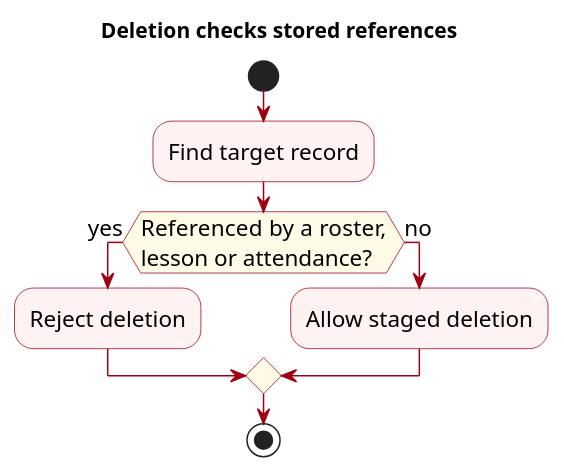
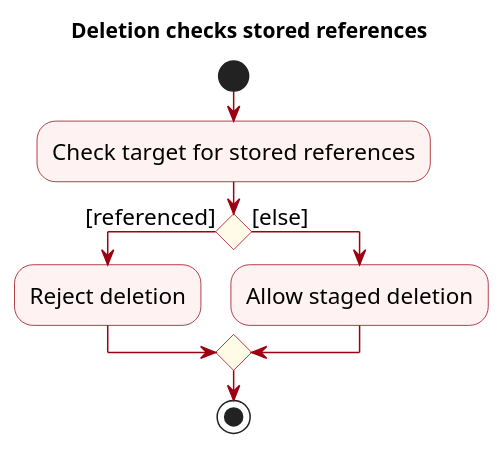
The diagram in docs/diagrams/DomainDeletionRules.puml (AY2627S1-CS2103T-F13-3/tp), drawn with PlantUML before and after one commit. The commit also changed 5 other files, not shown here.

Commit message:
Correct UML notation in the domain diagrams

```diff
--- a/docs/diagrams/DomainDeletionRules.puml
+++ b/docs/diagrams/DomainDeletionRules.puml
@@ -1,28 +1,29 @@
 @startuml
 ' Simplified domain draft by Vincent Lin with OpenAI Codex assistance.
 ' Self-contained source; renderer: PlantUML 1.2025.3.
 skinparam defaultFontName Arial
 skinparam defaultFontSize 15
 skinparam shadowing false
 skinparam classAttributeIconSize 0
 skinparam classBackgroundColor #FFF2F3
 skinparam classBorderColor #9D0012
 skinparam classArrowColor #9D0012
 skinparam noteBackgroundColor #FFFBE6
 skinparam noteBorderColor #777777
 skinparam nodesep 35
 skinparam ranksep 40
 
 title Deletion checks stored references
 skinparam activityBackgroundColor #FFF2F3
 skinparam activityBorderColor #9D0012
 skinparam activityDiamondBackgroundColor #FFFBE6
+skinparam conditionStyle diamond
 start
-:Find target record;
-if (Referenced by a roster,\nlesson or attendance?) then (yes)
+:Check target for stored references;
+if () then ([referenced])
   :Reject deletion;
-else (no)
+else ([else])
   :Allow staged deletion;
 endif
 stop
 @enduml
```
